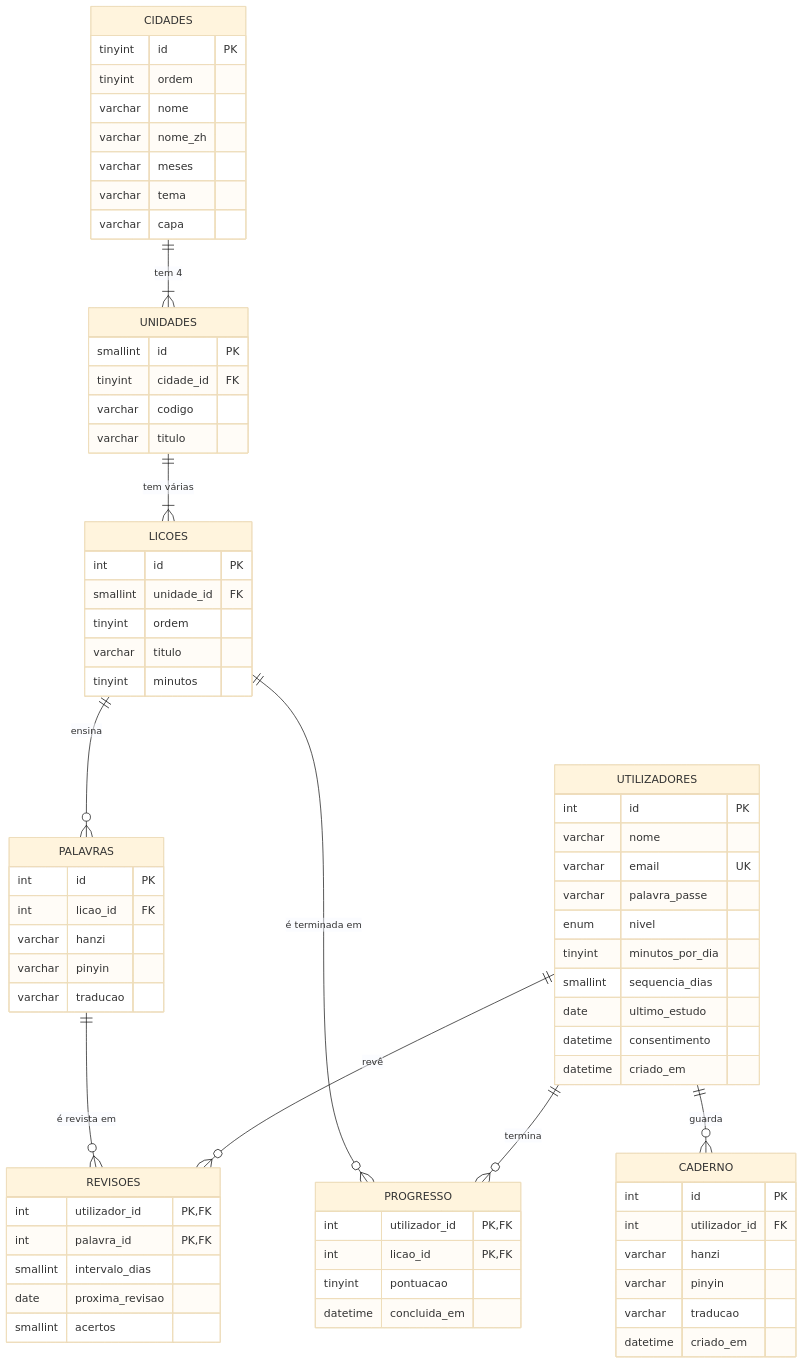
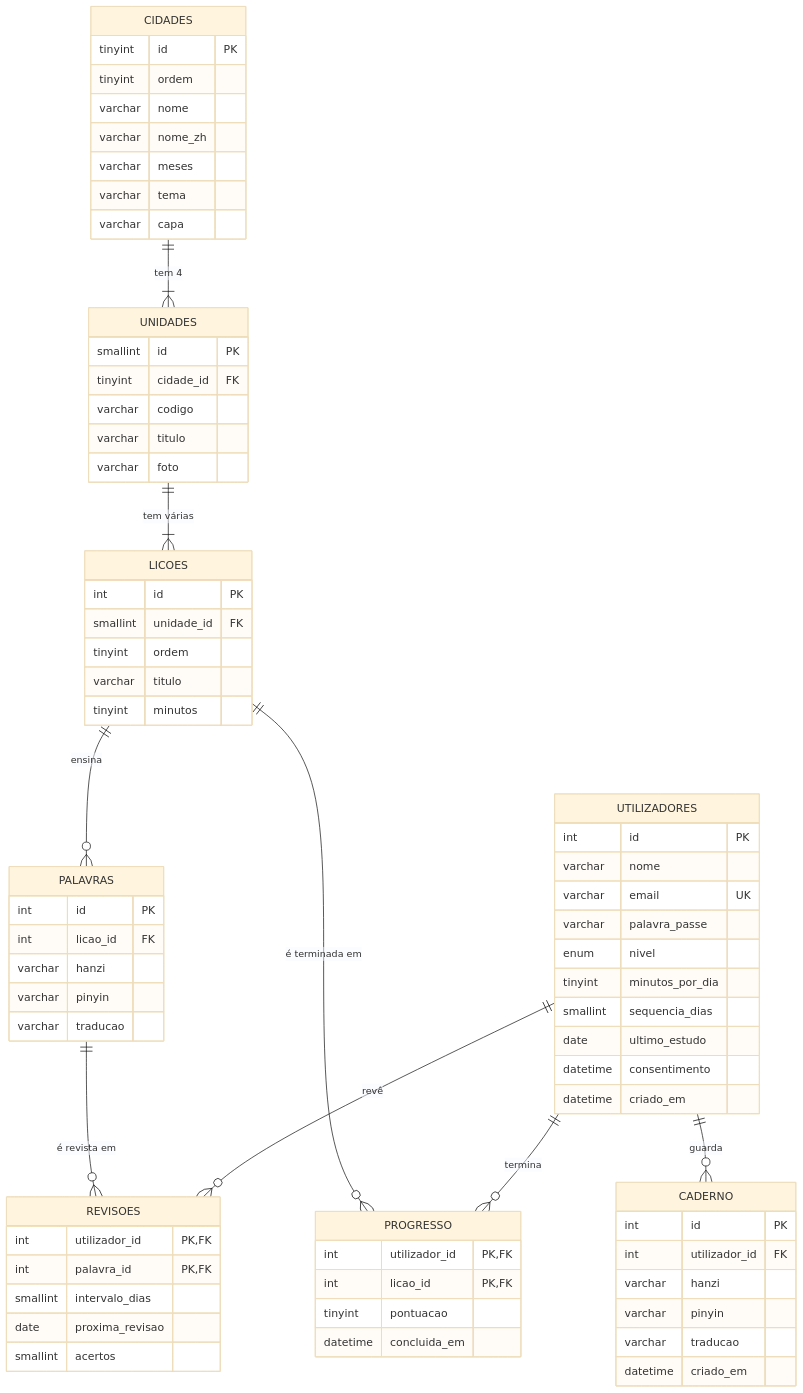
The diagram in docs/base-de-dados.md (SCCPScar/MandarinCourse), drawn with Mermaid (base theme) before and after one commit. The commit also changed other lines of this file and 13 other files, not shown here.

````diff
--- a/docs/base-de-dados.md
+++ b/docs/base-de-dados.md
@@ -18,74 +18,75 @@
 ```mermaid
 erDiagram
     CIDADES   ||--|{ UNIDADES  : "tem 4"
     UNIDADES  ||--|{ LICOES    : "tem várias"
     LICOES    ||--o{ PALAVRAS  : "ensina"
     UTILIZADORES  ||--o{ PROGRESSO : "termina"
     LICOES    ||--o{ PROGRESSO : "é terminada em"
     UTILIZADORES  ||--o{ REVISOES  : "revê"
     PALAVRAS  ||--o{ REVISOES  : "é revista em"
     UTILIZADORES  ||--o{ CADERNO   : "guarda"
 
     UTILIZADORES {
         int id PK
         varchar nome
         varchar email UK
         varchar palavra_passe
         enum nivel
         tinyint minutos_por_dia
         smallint sequencia_dias
         date ultimo_estudo
         datetime consentimento
         datetime criado_em
     }
     CIDADES {
         tinyint id PK
         tinyint ordem
         varchar nome
         varchar nome_zh
         varchar meses
         varchar tema
         varchar capa
     }
     UNIDADES {
         smallint id PK
         tinyint cidade_id FK
         varchar codigo
         varchar titulo
+        varchar foto
     }
     LICOES {
         int id PK
         smallint unidade_id FK
         tinyint ordem
         varchar titulo
         tinyint minutos
     }
     PALAVRAS {
         int id PK
         int licao_id FK
         varchar hanzi
         varchar pinyin
         varchar traducao
     }
     PROGRESSO {
         int utilizador_id PK, FK
         int licao_id PK, FK
         tinyint pontuacao
         datetime concluida_em
     }
     REVISOES {
         int utilizador_id PK, FK
         int palavra_id PK, FK
         smallint intervalo_dias
         date proxima_revisao
         smallint acertos
     }
     CADERNO {
         int id PK
         int utilizador_id FK
         varchar hanzi
         varchar pinyin
         varchar traducao
         datetime criado_em
     }
 ```
````
